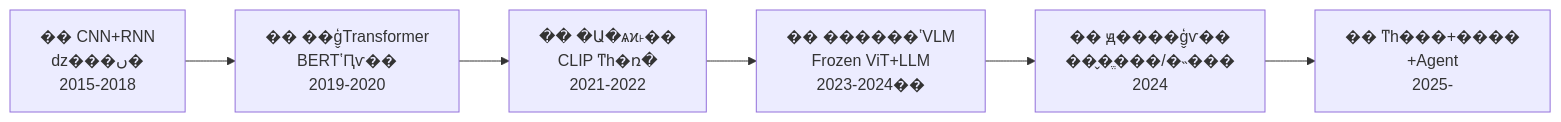
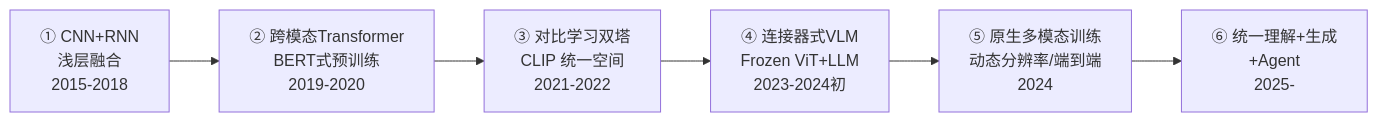
Before and after one commit to zyfengaa/ai-knowledge-base: the diagram in MM (MultiModal)/README.md, drawn with Mermaid. The commit also changed other lines of this file and 32 other files, not shown here.

````diff
--- a/MM (MultiModal)/README.md
+++ b/MM (MultiModal)/README.md
@@ -10,8 +9,8 @@
 ```mermaid
 flowchart LR
-    P1["�� CNN+RNN<br/>ǳ���ں�<br/>2015-2018"] --> P2["�� ��ģ̬Transformer<br/>BERTʽԤѵ��<br/>2019-2020"]
-    P2 --> P3["�� �Ա�ѧϰ˫��<br/>CLIP ͳһ�ռ�<br/>2021-2022"]
-    P3 --> P4["�� ������ʽVLM<br/>Frozen ViT+LLM<br/>2023-2024��"]
-    P4 --> P5["�� ԭ����ģ̬ѵ��<br/>��̬�ֱ���/�˵���<br/>2024"]
-    P5 --> P6["�� ͳһ���+����<br/>+Agent<br/>2025-"]
+    P1["① CNN+RNN<br/>浅层融合<br/>2015-2018"] --> P2["② 跨模态Transformer<br/>BERT式预训练<br/>2019-2020"]
+    P2 --> P3["③ 对比学习双塔<br/>CLIP 统一空间<br/>2021-2022"]
+    P3 --> P4["④ 连接器式VLM<br/>Frozen ViT+LLM<br/>2023-2024初"]
+    P4 --> P5["⑤ 原生多模态训练<br/>动态分辨率/端到端<br/>2024"]
+    P5 --> P6["⑥ 统一理解+生成<br/>+Agent<br/>2025-"]
 ```
````
